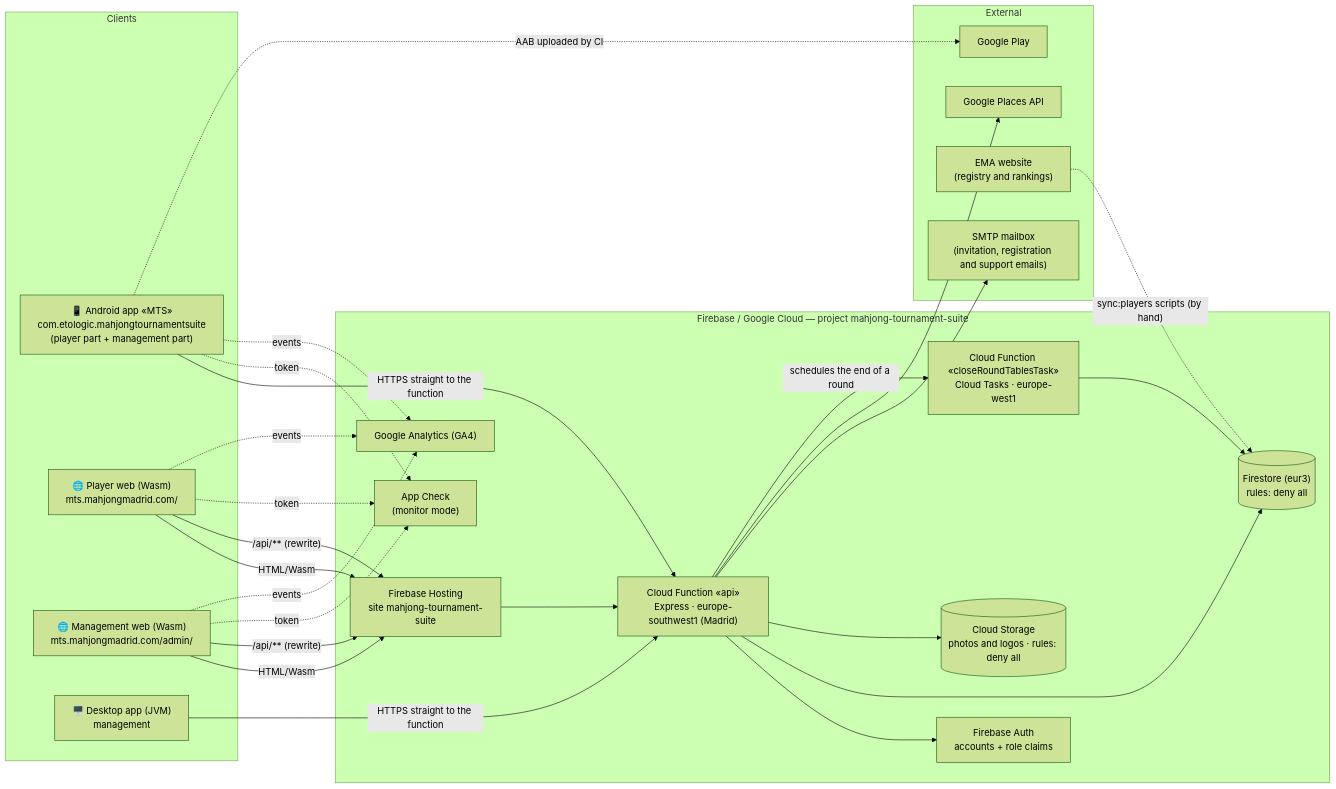
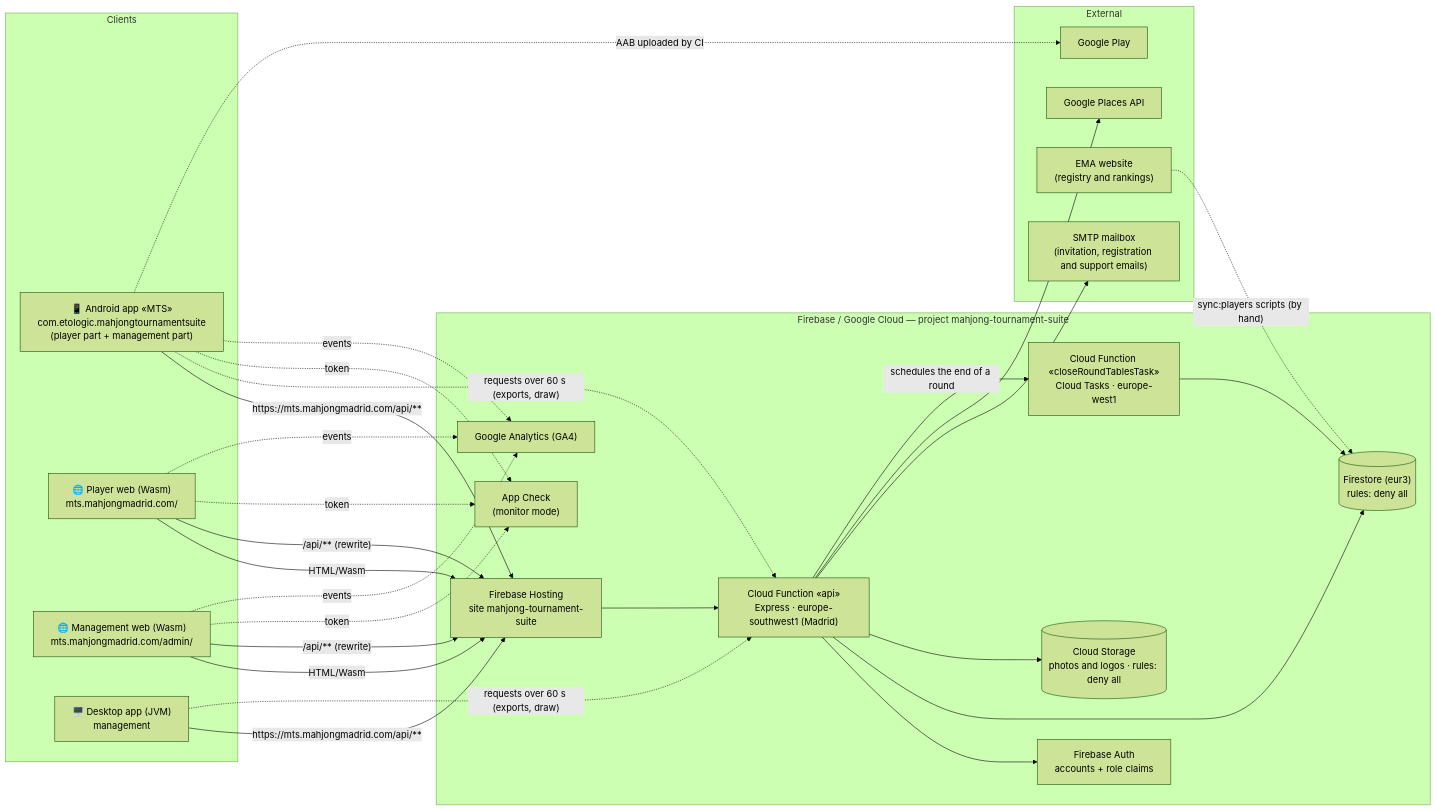
Before and after one commit to ernestovega/MahjongTournamentSuite_KMP: the diagram in docs/architecture/README.md, drawn with Mermaid (forest theme). The commit also changed other lines of this file and 10 other files, not shown here.

````diff
--- a/docs/architecture/README.md
+++ b/docs/architecture/README.md
@@ -23,41 +23,42 @@
 ```mermaid
 flowchart LR
   subgraph Clients
     AND["📱 Android app «MTS»<br/>com.etologic.mahjongtournamentsuite<br/>(player part + management part)"]
     WEBP["🌐 Player web (Wasm)<br/>mts.mahjongmadrid.com/"]
     WEBA["🌐 Management web (Wasm)<br/>mts.mahjongmadrid.com/admin/"]
     DESK["🖥️ Desktop app (JVM)<br/>management"]
   end
 
   subgraph Firebase["Firebase / Google Cloud — project mahjong-tournament-suite"]
     HOST["Firebase Hosting<br/>site mahjong-tournament-suite"]
     API["Cloud Function «api»<br/>Express · europe-southwest1 (Madrid)"]
     TASK["Cloud Function «closeRoundTablesTask»<br/>Cloud Tasks · europe-west1"]
     AUTH["Firebase Auth<br/>accounts + role claims"]
     FS[("Firestore (eur3)<br/>rules: deny all")]
     ST[("Cloud Storage<br/>photos and logos · rules: deny all")]
     AC["App Check<br/>(monitor mode)"]
     GA["Google Analytics (GA4)"]
   end
 
   subgraph External
     SMTP["SMTP mailbox<br/>(invitation, registration and support emails)"]
     PLACES["Google Places API"]
     EMA["EMA website<br/>(registry and rankings)"]
     PLAY["Google Play"]
   end
 
   WEBP & WEBA -- "HTML/Wasm" --> HOST
   WEBP & WEBA -- "/api/** (rewrite)" --> HOST --> API
-  AND & DESK -- "HTTPS straight to the function" --> API
+  AND & DESK -- "https://mts.mahjongmadrid.com/api/**" --> HOST
+  AND & DESK -. "requests over 60 s (exports, draw)" .-> API
   AND & WEBP & WEBA -. token .-> AC
   AND & WEBP & WEBA -. events .-> GA
   API --> AUTH
   API --> FS
   API --> ST
   API --> SMTP
   API --> PLACES
   API -- "schedules the end of a round" --> TASK --> FS
   EMA -. "sync:players scripts (by hand)" .-> FS
   AND -. "AAB uploaded by CI" .-> PLAY
 ```
````
